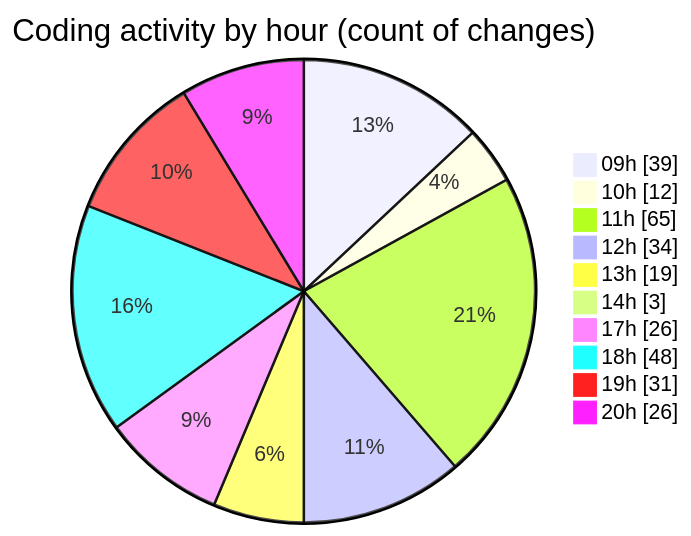
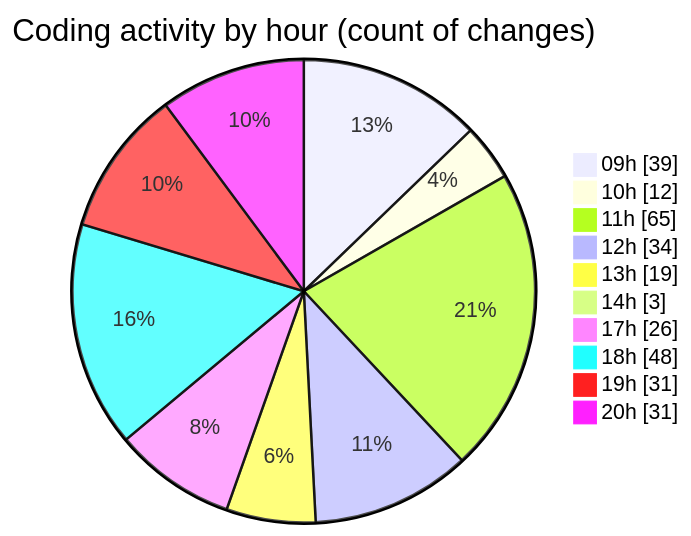
Before and after one commit to momahboobian/code-tracking: the second of 2 diagrams in 2025-03-04/cda/README.md, drawn with Mermaid. The commit also changed other lines of this file and 1 other file, not shown here.

````diff
--- a/2025-03-04/cda/README.md
+++ b/2025-03-04/cda/README.md
@@ -44,14 +46,14 @@
 ```mermaid
 pie showData
 title Coding activity by hour (count of changes)
 "09h" : 39
 "10h" : 12
 "11h" : 65
 "12h" : 34
 "13h" : 19
 "14h" : 3
 "17h" : 26
 "18h" : 48
 "19h" : 31
-"20h" : 26
+"20h" : 31
 ```
````
